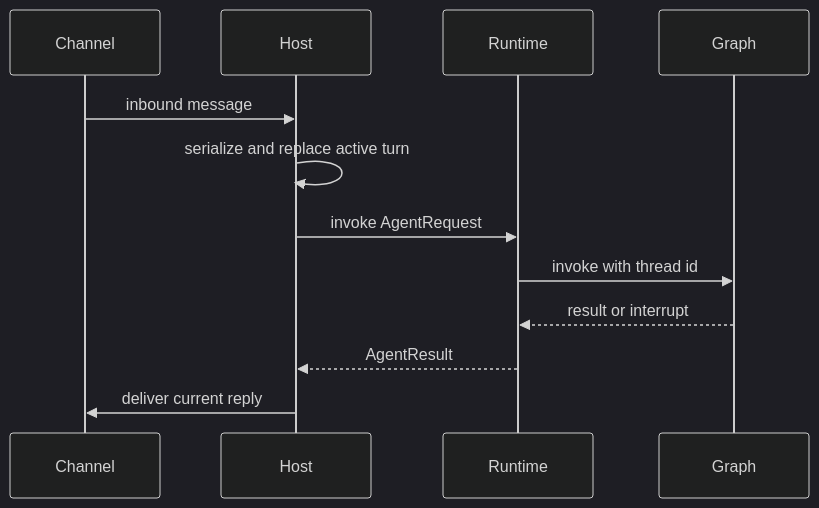
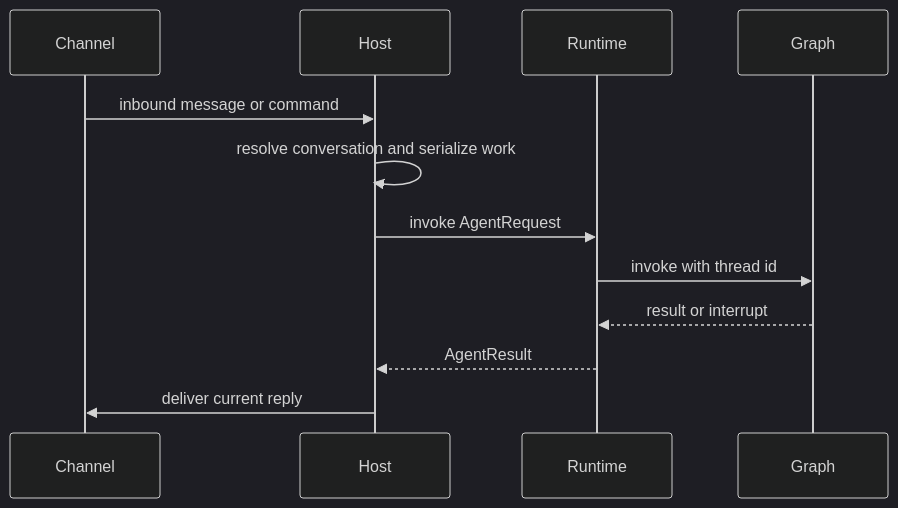
The first of 2 diagrams in openwiki/integrations/talon.md (langchain-ai/deepagents), drawn with Mermaid (dark theme) before and after one commit. The commit also changed other lines of this file and 16 other files, not shown here.

````diff
--- a/openwiki/integrations/talon.md
+++ b/openwiki/integrations/talon.md
@@ -78,14 +58,14 @@
 ```mermaid
 sequenceDiagram
     participant Channel
     participant Host
     participant Runtime
     participant Graph
-    Channel->>Host: inbound message
-    Host->>Host: serialize and replace active turn
+    Channel->>Host: inbound message or command
+    Host->>Host: resolve conversation and serialize work
     Host->>Runtime: invoke AgentRequest
     Runtime->>Graph: invoke with thread id
     Graph-->>Runtime: result or interrupt
     Runtime-->>Host: AgentResult
     Host->>Channel: deliver current reply
 ```
````
